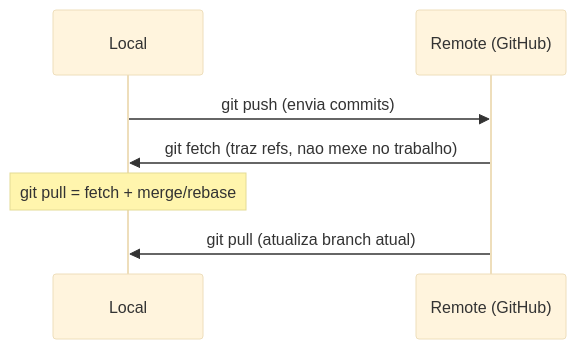
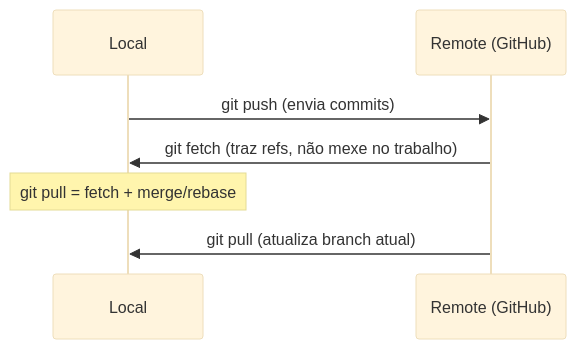
The second of 2 diagrams in 05-GitHub-e-Repositorios/01-repositorios-remotes-tags.md (BerniloBernardo-boot/Git-e-GitHub), drawn with Mermaid (base theme) before and after one commit. The commit also changed other lines of this file and 13 other files, not shown here.

Commit message:
docs: traduz elementos explicativos dos diagramas para PT-PT

````diff
--- a/05-GitHub-e-Repositorios/01-repositorios-remotes-tags.md
+++ b/05-GitHub-e-Repositorios/01-repositorios-remotes-tags.md
@@ -50,9 +50,9 @@
 ```mermaid
 sequenceDiagram
     participant L as Local
     participant R as Remote (GitHub)
     L->>R: git push (envia commits)
-    R->>L: git fetch (traz refs, nao mexe no trabalho)
+    R->>L: git fetch (traz refs, não mexe no trabalho)
     Note over L: git pull = fetch + merge/rebase
     R->>L: git pull (atualiza branch atual)
 ```
````
